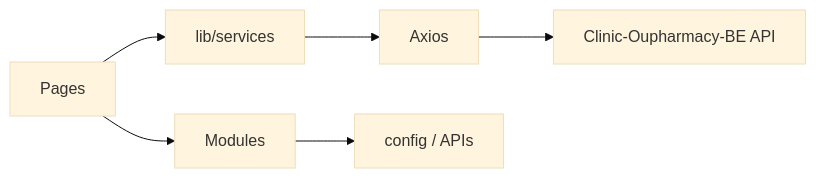
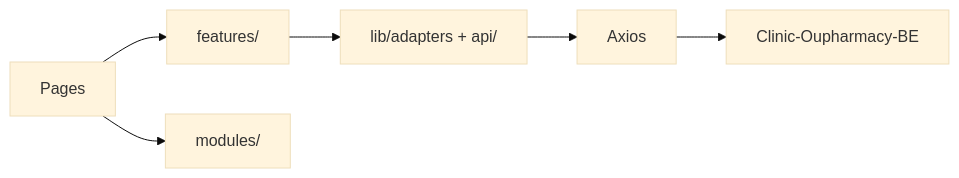
One commit to VoMinhHung-SR/Clinic-Oupharmacy-FE changed the diagram in docs/ARCHITECTURE.md. Above: the diagram before and after it, drawn with Mermaid (base theme). The commit also changed other lines of this file and 31 other files, not shown here.

````diff
--- a/docs/ARCHITECTURE.md
+++ b/docs/ARCHITECTURE.md
@@ -9,7 +9,7 @@
 ```mermaid
 flowchart LR
-  Pages --> Modules
-  Pages --> Services["lib/services"]
-  Services --> Axios --> DRF["Clinic-Oupharmacy-BE API"]
-  Modules --> Config["config / APIs"]
+  Pages --> Features["features/"]
+  Pages --> Modules["modules/"]
+  Features --> Services["lib/adapters + api/"]
+  Services --> Axios --> DRF["Clinic-Oupharmacy-BE"]
 ```
````
